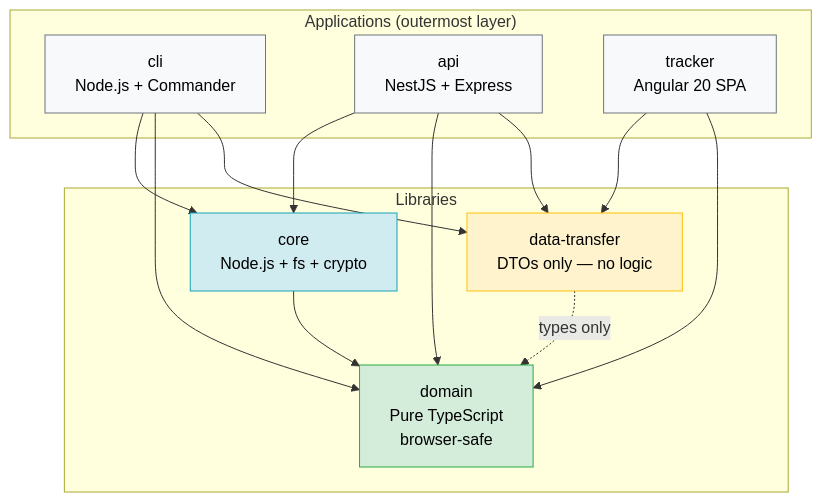
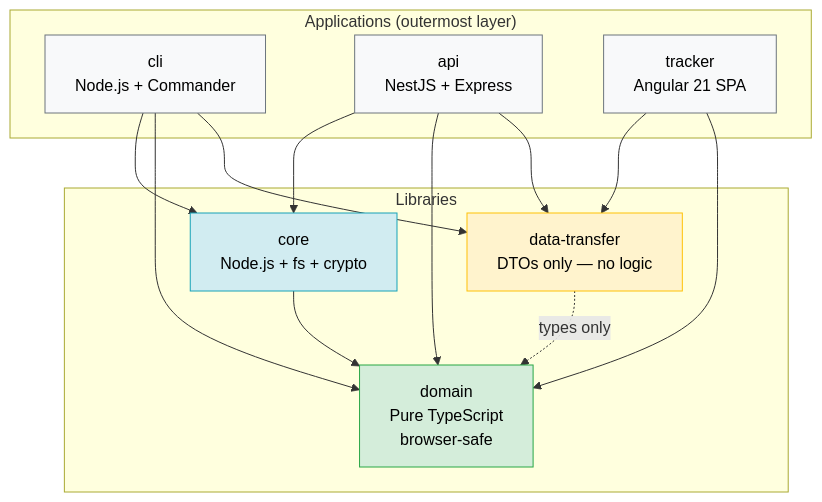
One commit to SimonNodel-AI/lingo-tracker changed the diagram in architecture-docs/monorepo-structure.md. Above: the diagram before and after it, drawn with Mermaid. The commit also changed other lines of this file and 63 other files, not shown here.

````diff
--- a/architecture-docs/monorepo-structure.md
+++ b/architecture-docs/monorepo-structure.md
@@ -99,35 +99,35 @@
 ```mermaid
 graph TD
     subgraph apps["Applications (outermost layer)"]
         CLI["cli\nNode.js + Commander"]
         API["api\nNestJS + Express"]
-        Tracker["tracker\nAngular 20 SPA"]
+        Tracker["tracker\nAngular 21 SPA"]
     end
 
     subgraph libs["Libraries"]
         DT["data-transfer\nDTOs only — no logic"]
         Core["core\nNode.js + fs + crypto"]
         Domain["domain\nPure TypeScript\nbrowser-safe"]
     end
 
     CLI --> Core
     CLI --> Domain
     CLI --> DT
 
     API --> Core
     API --> Domain
     API --> DT
 
     Tracker --> DT
     Tracker --> Domain
 
     Core --> Domain
     DT -.->|types only| Domain
 
     style Domain fill:#d4edda,stroke:#28a745,color:#000
     style Core fill:#d1ecf1,stroke:#17a2b8,color:#000
     style DT fill:#fff3cd,stroke:#ffc107,color:#000
     style CLI fill:#f8f9fa,stroke:#6c757d,color:#000
     style API fill:#f8f9fa,stroke:#6c757d,color:#000
     style Tracker fill:#f8f9fa,stroke:#6c757d,color:#000
 ```
````
